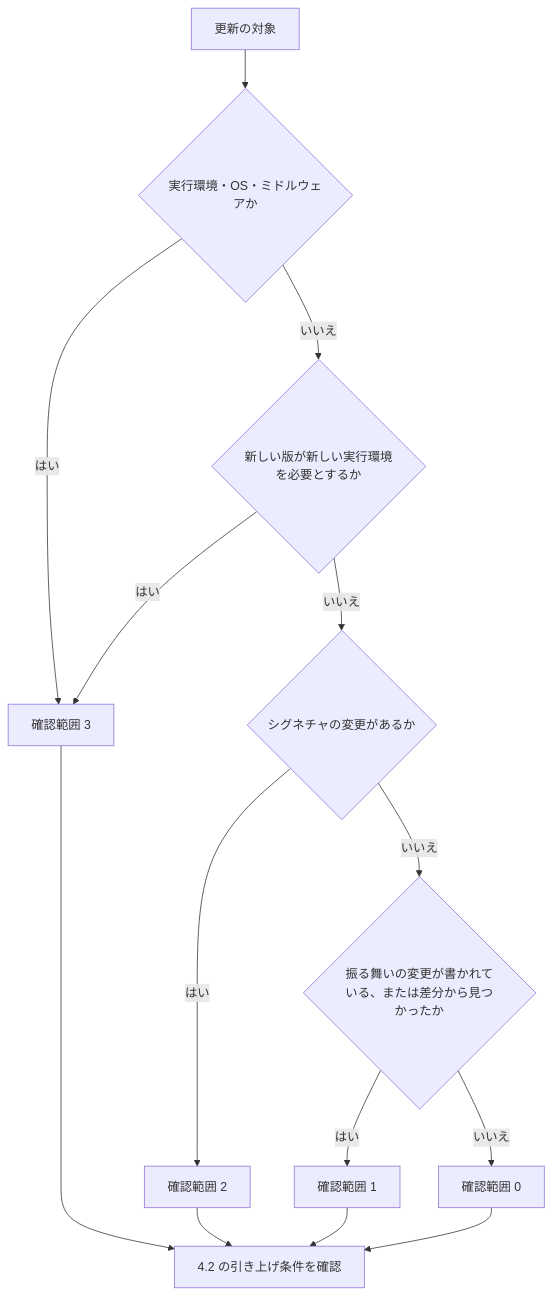
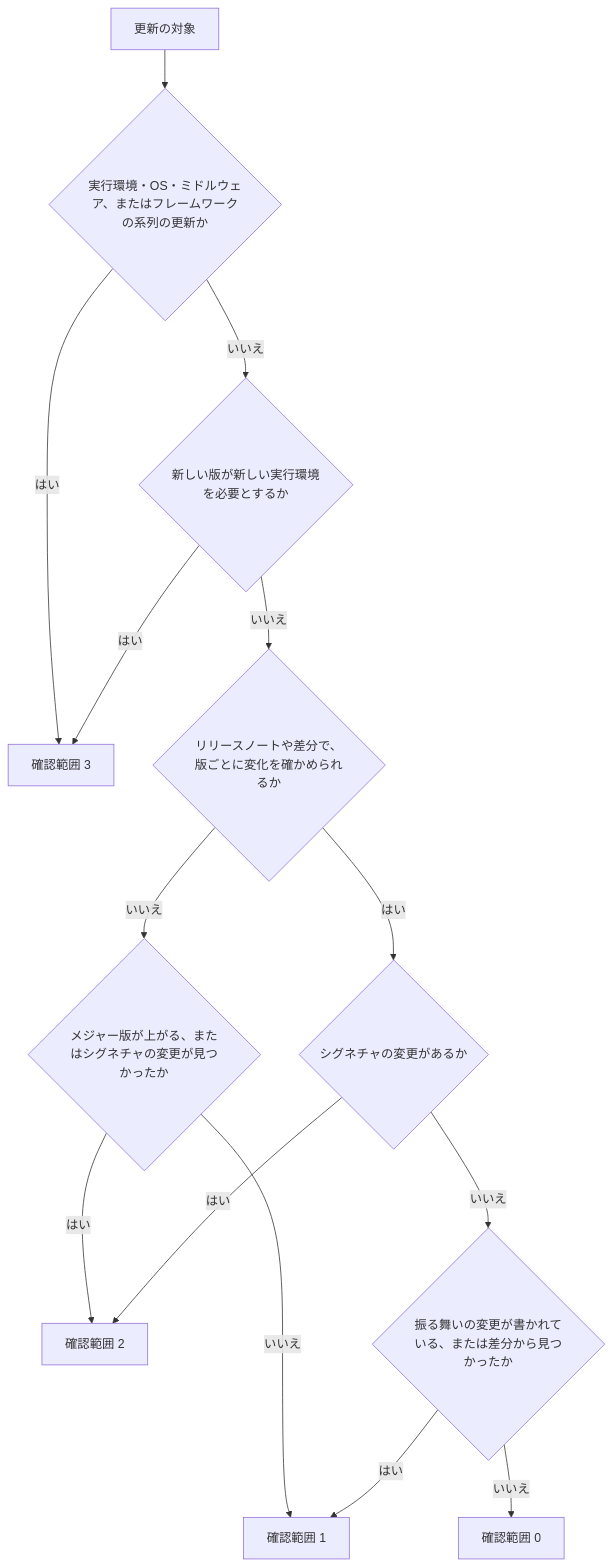
Before and after one commit to doikota/agent-skills: the first of 2 diagrams in docs/patch-regression-test-guideline.md, drawn with Mermaid. The commit also changed other lines of this file, not shown here.

````diff
--- a/docs/patch-regression-test-guideline.md
+++ b/docs/patch-regression-test-guideline.md
@@ -98,16 +124,16 @@
 ```mermaid
 flowchart TD
-  A[更新の対象] --> B{実行環境・OS・ミドルウェアか}
+  A[更新の対象] --> B{実行環境・OS・ミドルウェア、またはフレームワークの系列の更新か}
   B -- はい --> R3[確認範囲 3]
   B -- いいえ --> C{新しい版が新しい実行環境を必要とするか}
   C -- はい --> R3
-  C -- いいえ --> D{シグネチャの変更があるか}
-  D -- はい --> R2[確認範囲 2]
+  C -- いいえ --> G{リリースノートや差分で、版ごとに変化を確かめられるか}
+  G -- はい --> D{シグネチャの変更があるか}
+  G -- いいえ --> H{メジャー版が上がる、またはシグネチャの変更が見つかったか}
+  H -- はい --> R2[確認範囲 2]
+  H -- いいえ --> R1[確認範囲 1]
+  D -- はい --> R2
   D -- いいえ --> E{振る舞いの変更が書かれている、または差分から見つかったか}
-  E -- はい --> R1[確認範囲 1]
+  E -- はい --> R1
   E -- いいえ --> R0[確認範囲 0]
-  R0 --> F[4.2 の引き上げ条件を確認]
-  R1 --> F
-  R2 --> F
-  R3 --> F
 ```
````
